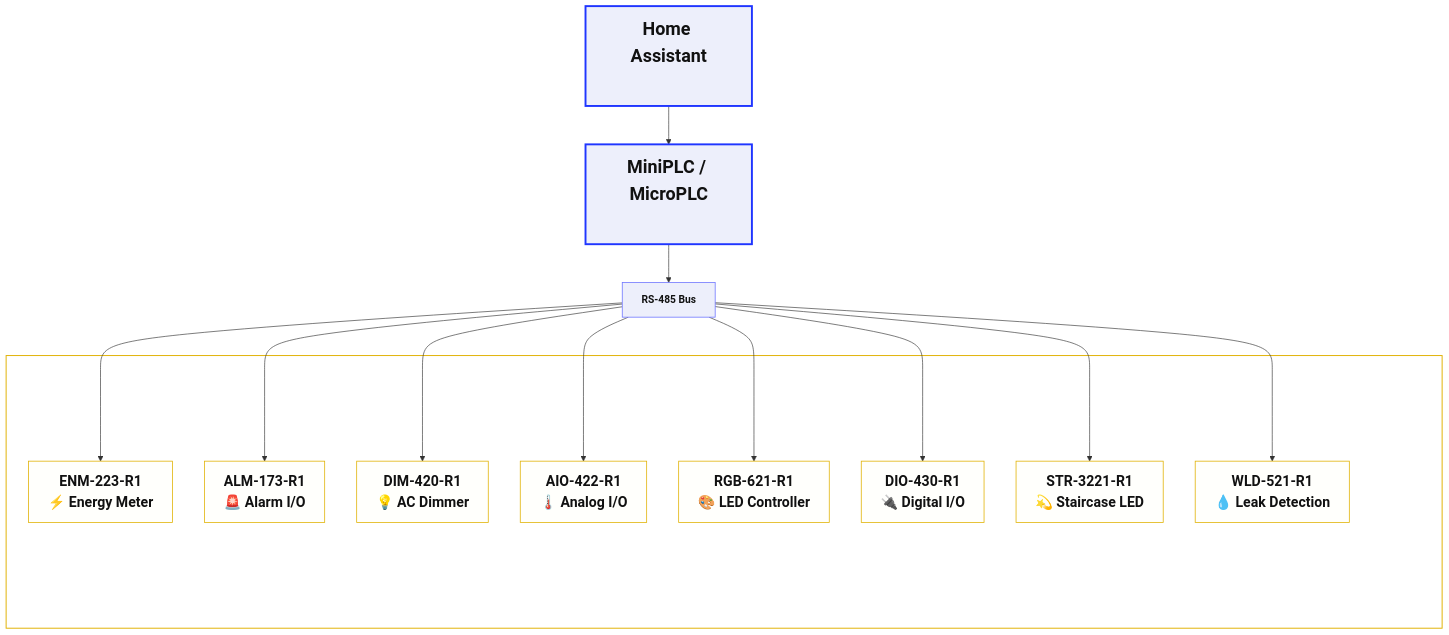
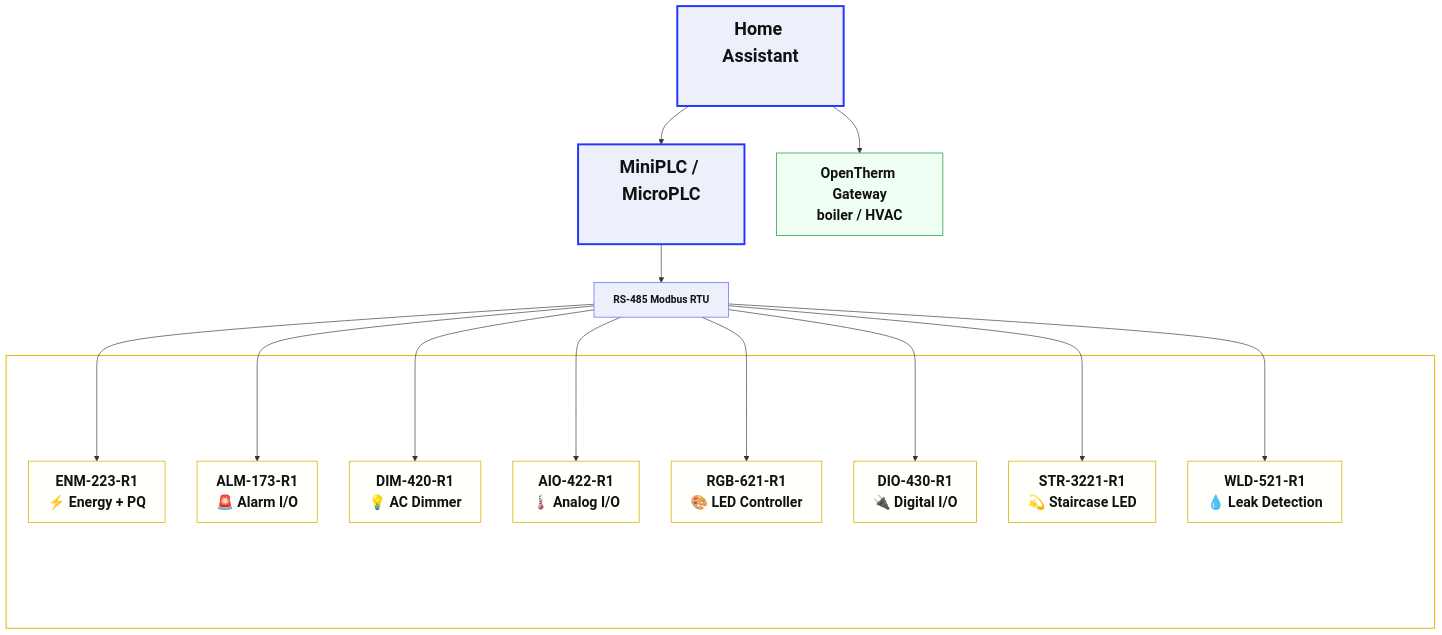
The diagram in README.md (isystemsautomation/homemaster-dev), drawn with Mermaid before and after one commit. The commit also changed other lines of this file, not shown here.

````diff
--- a/README.md
+++ b/README.md
@@ -30,37 +39,35 @@
 ```mermaid
 %%{init: {"flowchart":{"htmlLabels":true,"nodeSpacing":50,"rankSpacing":60}}}%%
 flowchart TD
-  %% Classes
   classDef hub fill:#EDEFFB,stroke:#6B72FF,stroke-width:1.2px,color:#111,font-weight:bold;
   classDef big fill:#EDEFFB,stroke:#1F35FF,stroke-width:3px,color:#111,font-weight:bold,font-size:28px;
   classDef mod fill:#FFFffC,stroke:#E0B100,stroke-width:1.2px,color:#111,font-weight:bold,font-size:22px;
+  classDef ot fill:#F0FFF4,stroke:#2F9E44,stroke-width:1.2px,color:#111,font-weight:bold,font-size:22px;
   classDef ghost fill:transparent,stroke:transparent,color:transparent;
 
-  %% Double-sized HA and PLC (bigger font + extra line breaks)
   HA["Home Assistant<br/><br/>"]:::big --> PLC["MiniPLC / MicroPLC<br/><br/>"]:::big
-  PLC --> RS485[RS-485 Bus]:::hub
+  HA --> OTGW["OpenTherm Gateway<br/>boiler / HVAC"]:::ot
+  PLC --> RS485[RS-485 Modbus RTU]:::hub
 
-  %% Subgraph with taller nodes; extra <br/> increases node height
   subgraph Mods["<br/>"]
-    ENM[ENM‑223‑R1<br>⚡ Energy Meter]:::mod
+    ENM[ENM‑223‑R1<br>⚡ Energy + PQ]:::mod
     ALM[ALM‑173‑R1<br>🚨 Alarm I/O]:::mod
     DIM[DIM‑420‑R1<br>💡 AC Dimmer]:::mod
     AIO[AIO‑422‑R1<br>🌡️ Analog I/O]:::mod
     RGB[RGB‑621‑R1<br>🎨 LED Controller]:::mod
     DIO[DIO‑430‑R1<br>🔌 Digital I/O]:::mod
     STR[STR‑3221‑R1<br>💫 Staircase LED]:::mod
     WLD[WLD‑521‑R1<br>💧 Leak Detection]:::mod
     SP1["<br/><br/><br/><br/><br/><br/><br/><br/><br/><br/><br/><br/><br/><br/>"]:::ghost
   end
   style Mods fill:#FFFFFF,stroke:#E0B100,stroke-width:1.5px, font-weight:bold,font-size:22px
 
-  %% Edges
   RS485 --> ENM
   RS485 --> ALM
   RS485 --> DIM
   RS485 --> AIO
   RS485 --> RGB
   RS485 --> DIO
   RS485 --> STR
   RS485 --> WLD
 ```
````
